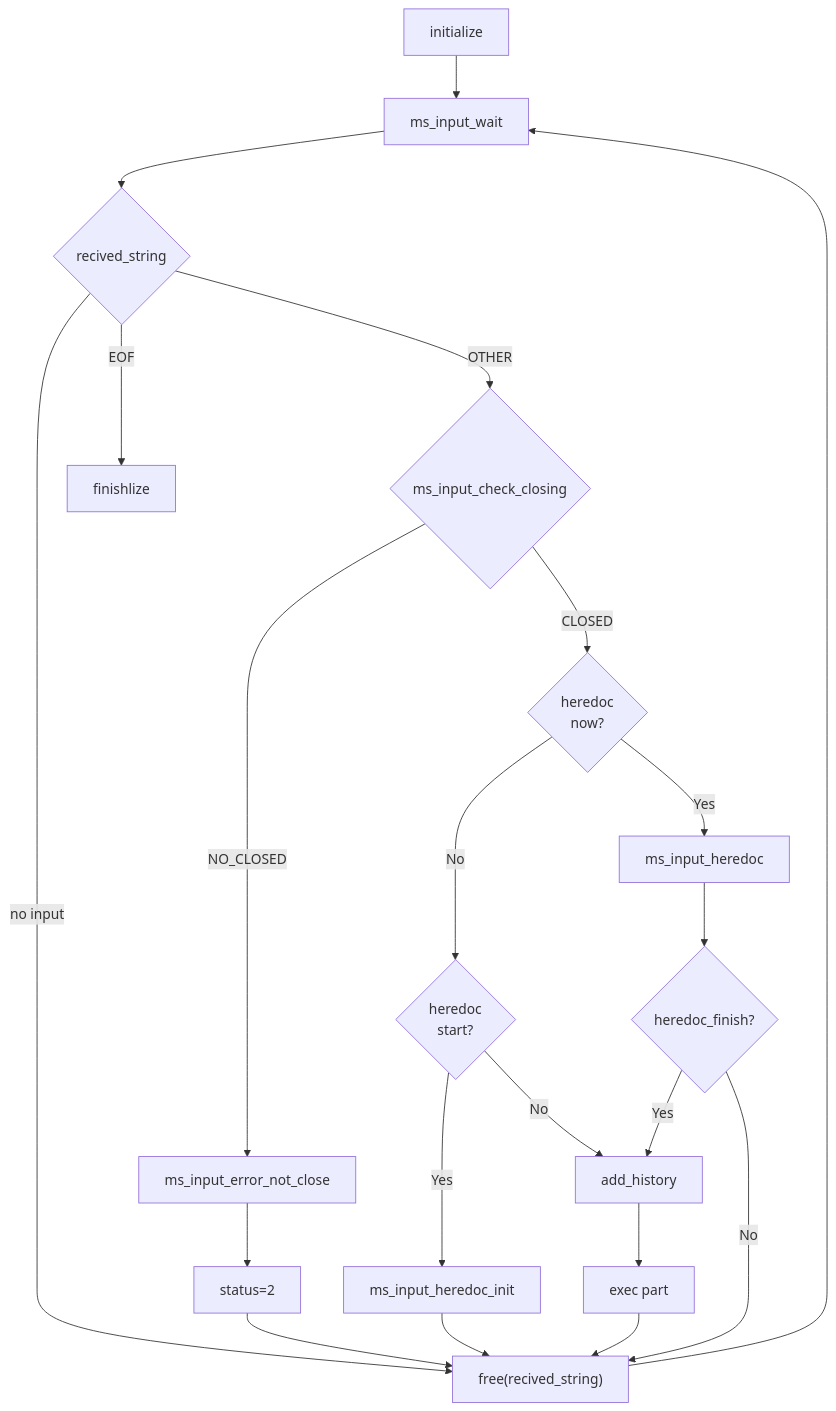
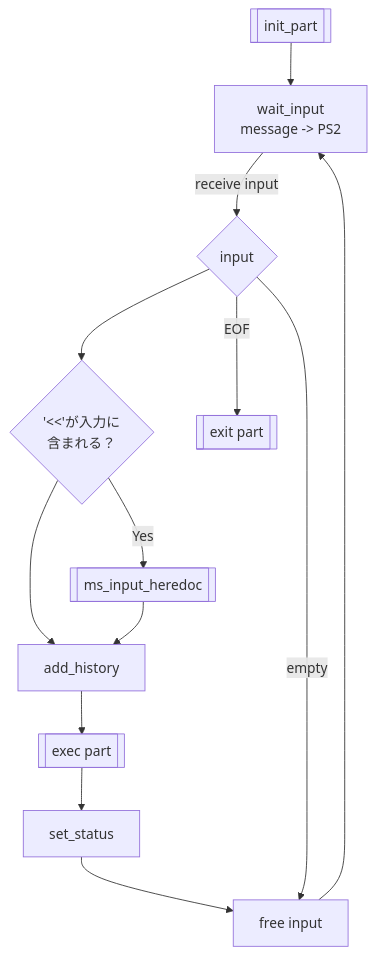
Before and after one commit to PalmNeko/minishell: the first of 2 diagrams in docs/design_recive_input.md, drawn with Mermaid. The commit also changed other lines of this file and 1 other file, not shown here.

````diff
--- a/docs/design_recive_input.md
+++ b/docs/design_recive_input.md
@@ -4,39 +48,30 @@
-``` mermaid
-flowchart
-AA[initialize]
-A["ms_input_wait"]
-B{"recived_string"}
-C{"ms_input_check_closing"}
-D["ms_input_error_not_close"]
-D_1["status=2"]
-E{"heredoc
-now?"}
-E_1{"heredoc
-start?"}
-E_2["ms_input_heredoc_init"]
-F["ms_input_heredoc"]
-F_1{heredoc_finish?}
-G["add_history"]
-H["exec part"]
-I["free(recived_string)"]
-Z["finishlize"]
+```mermaid
+flowchart TD
 
-AA --> A
-A --> B
-B --> |"no input"| I
-B --> |EOF| Z
-B -->|"OTHER"| C
-C -->|"NO_CLOSED"| D --> D_1 --> I
-C -->|"CLOSED"| E
+%%mainflow
+A[[init_part]]
+B[wait_input
+message -> PS2]
+C{"input"}
+%%D{ms_closing_check}
+E["add_history"]
+F[[exec part]]
+G[set_status]
+H[free input]
 
-E -->|"Yes"| F
-E -->|"No"| E_1
-E_1 -->|"Yes"| E_2 --> I
-E_1 -->|"No"| G --> H --> I
 
-F --> F_1
-F_1 -->|"Yes"| G
-F_1 -->|"No"| I
+A --> B -->|receive input| C -->  HE_1 --> E --> F --> G --> H --> B
 
-I --> A
+%%heredoc
+HE_1{"`'<<'が入力に
+含まれる？`"}
+HE_2[["ms_input_heredoc"]]
+HE_1 --> |Yes| HE_2--> E
+
+%%input_value
+C --> |empty| H
+C --> |EOF| END[[exit part]]
+%%exit
+
+
 ```
````
